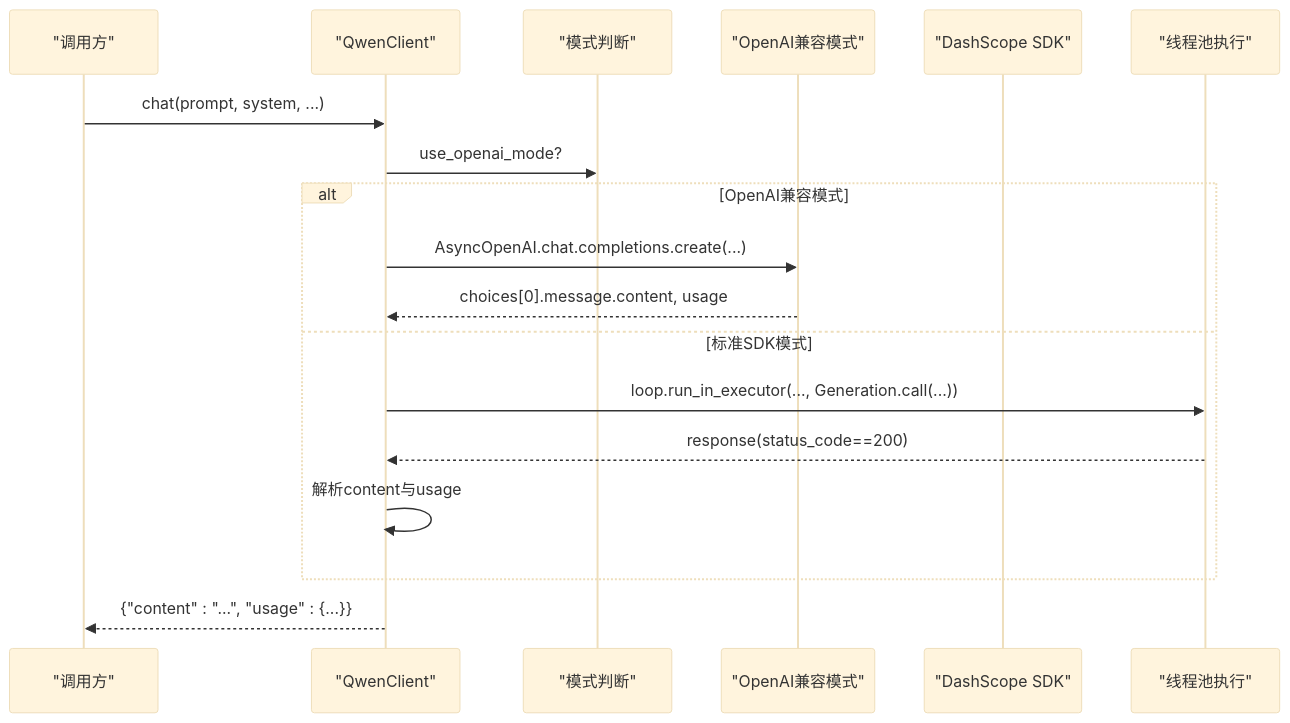
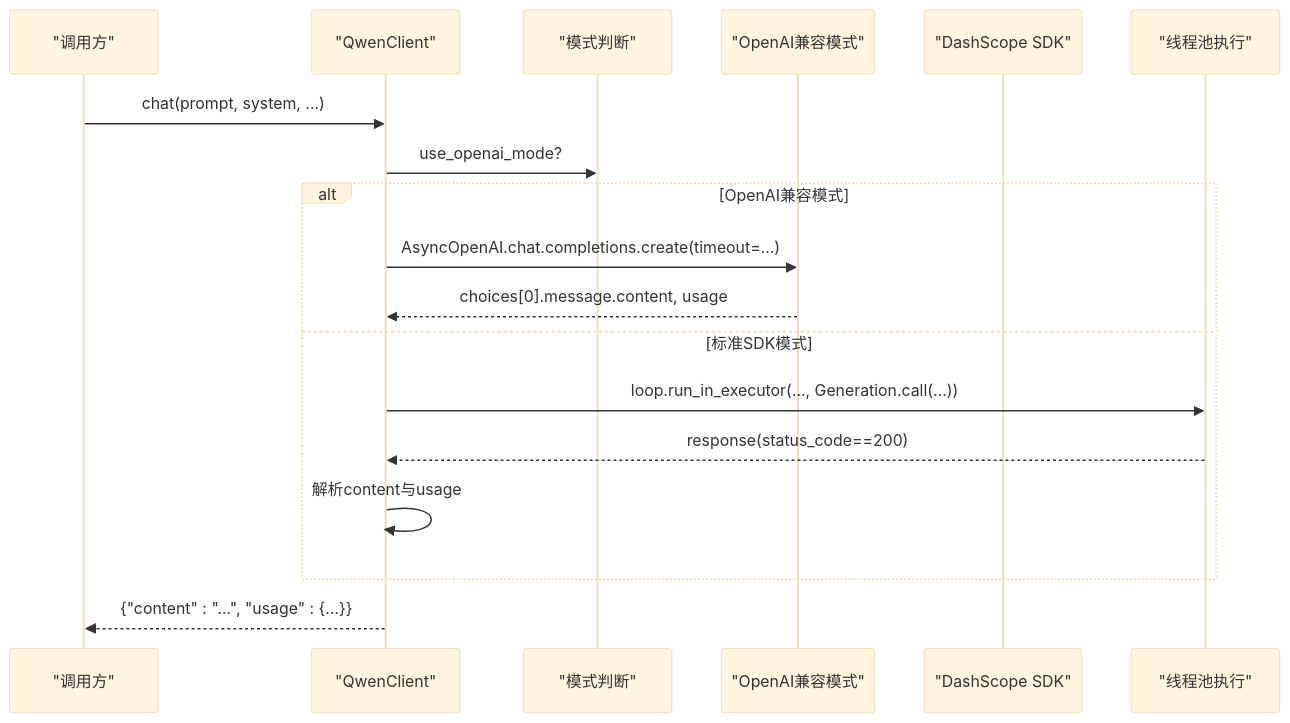
Before and after one commit to xfbyxq/ai-novel-system: the second of 7 diagrams in .qoder/repowiki/zh/content/LLM集成架构/LLM客户端封装.md, drawn with Mermaid (base theme). The commit also changed other lines of this file and 84 other files, not shown here.

````diff
--- a/.qoder/repowiki/zh/content/LLM集成架构/LLM客户端封装.md
+++ b/.qoder/repowiki/zh/content/LLM集成架构/LLM客户端封装.md
@@ -104,20 +110,20 @@
 ```mermaid
 sequenceDiagram
 participant Caller as "调用方"
 participant QC as "QwenClient"
 participant Mode as "模式判断"
 participant OA as "OpenAI兼容模式"
 participant DS as "DashScope SDK"
 participant Exec as "线程池执行"
 Caller->>QC : chat(prompt, system, ...)
 QC->>Mode : use_openai_mode?
 alt OpenAI兼容模式
-QC->>OA : AsyncOpenAI.chat.completions.create(...)
+QC->>OA : AsyncOpenAI.chat.completions.create(timeout=...)
 OA-->>QC : choices[0].message.content, usage
 else 标准SDK模式
 QC->>Exec : loop.run_in_executor(..., Generation.call(...))
 Exec-->>QC : response(status_code==200)
 QC->>QC : 解析content与usage
 end
 QC-->>Caller : {"content" : "...", "usage" : {...}}
 ```
````
